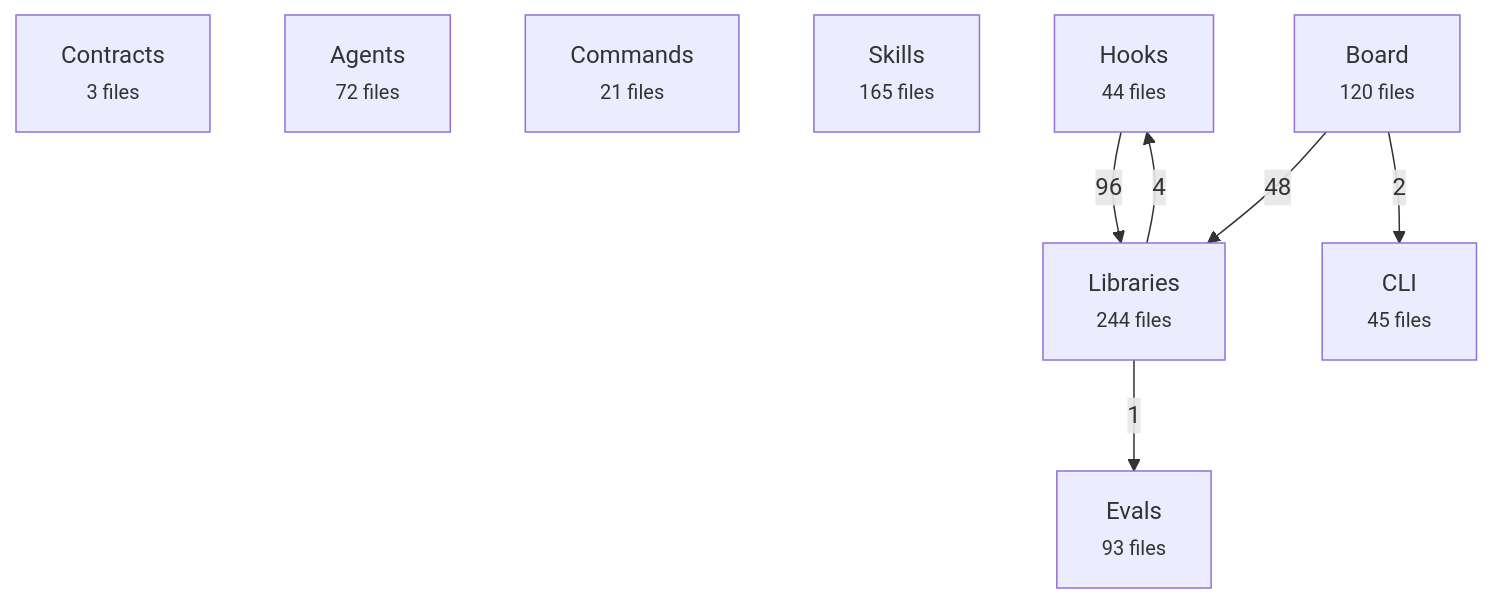
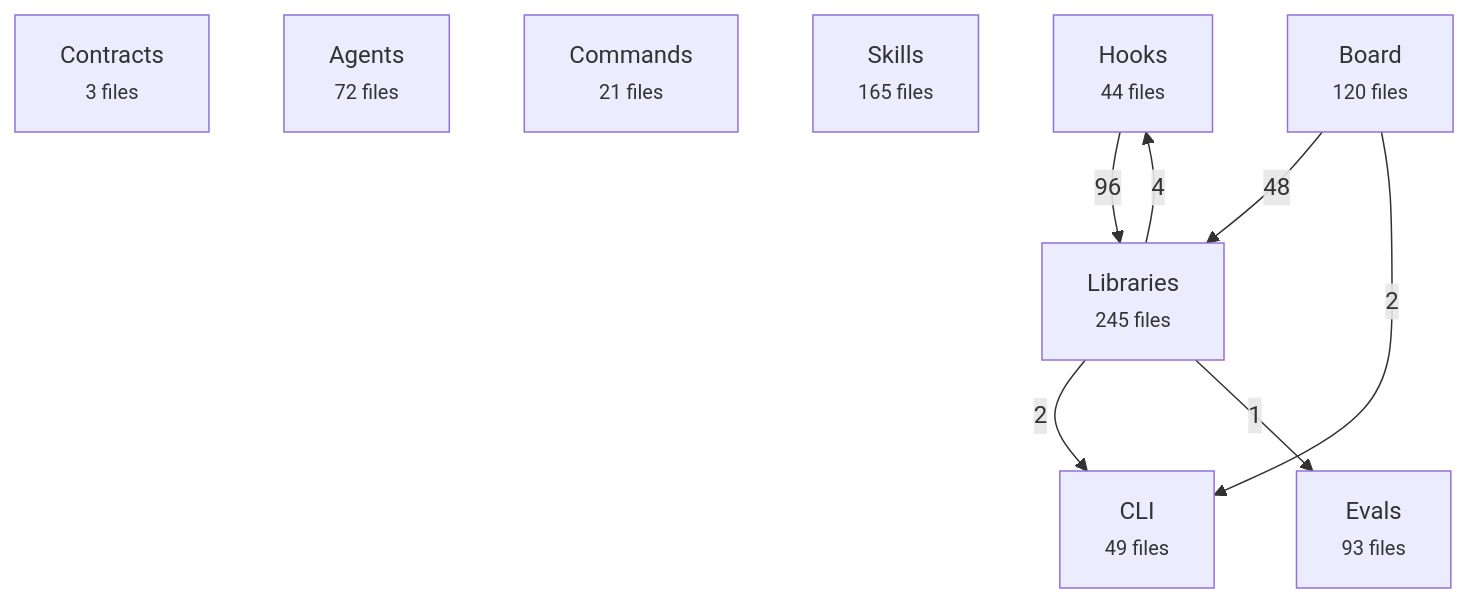
One commit to avelikiy/great_cto changed the first of 2 diagrams in docs/reference/architecture-map.md. Above: the diagram before and after it, drawn with Mermaid. The commit also changed other lines of this file and 17 other files, not shown here.

````diff
--- a/docs/reference/architecture-map.md
+++ b/docs/reference/architecture-map.md
@@ -20,17 +20,18 @@
 ```mermaid
 flowchart TD
   contracts["Contracts<br/><small>3 files</small>"]
   agents["Agents<br/><small>72 files</small>"]
   commands["Commands<br/><small>21 files</small>"]
   skills["Skills<br/><small>165 files</small>"]
   hooks["Hooks<br/><small>44 files</small>"]
-  libs["Libraries<br/><small>244 files</small>"]
+  libs["Libraries<br/><small>245 files</small>"]
   board["Board<br/><small>120 files</small>"]
-  cli["CLI<br/><small>45 files</small>"]
+  cli["CLI<br/><small>49 files</small>"]
   evals["Evals<br/><small>93 files</small>"]
   hooks -->|96| libs
   board -->|48| libs
   libs -->|4| hooks
+  libs -->|2| cli
   board -->|2| cli
   libs -->|1| evals
 ```
````
